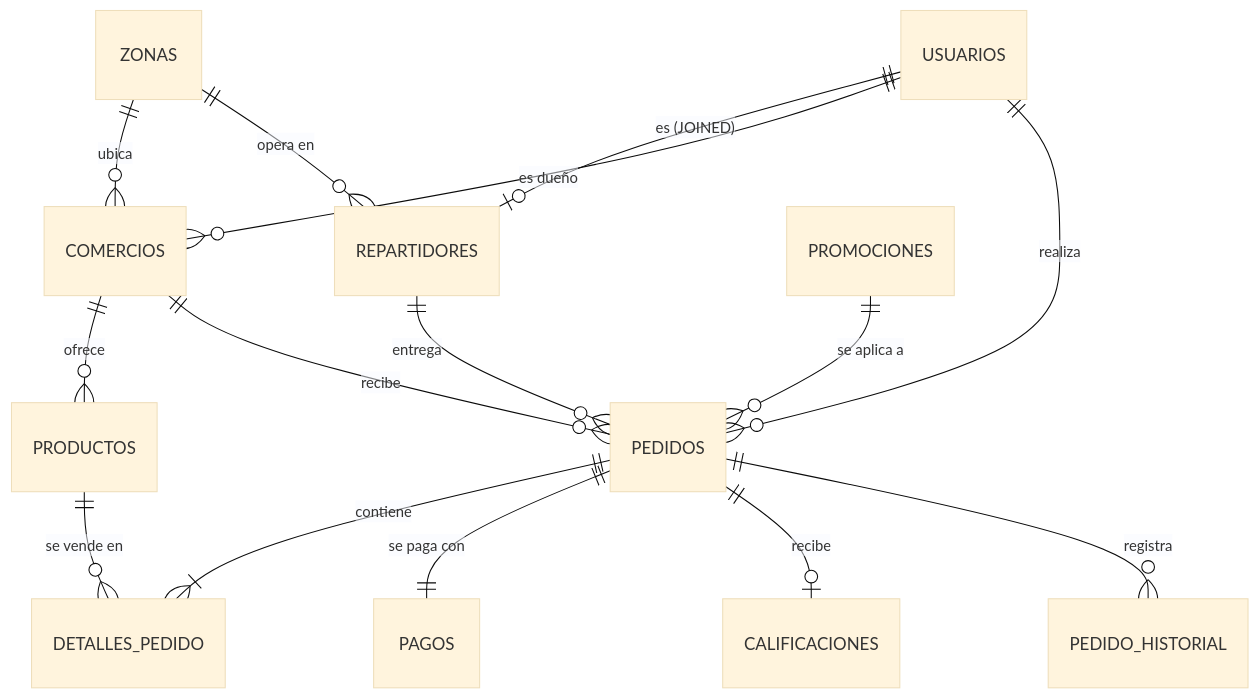
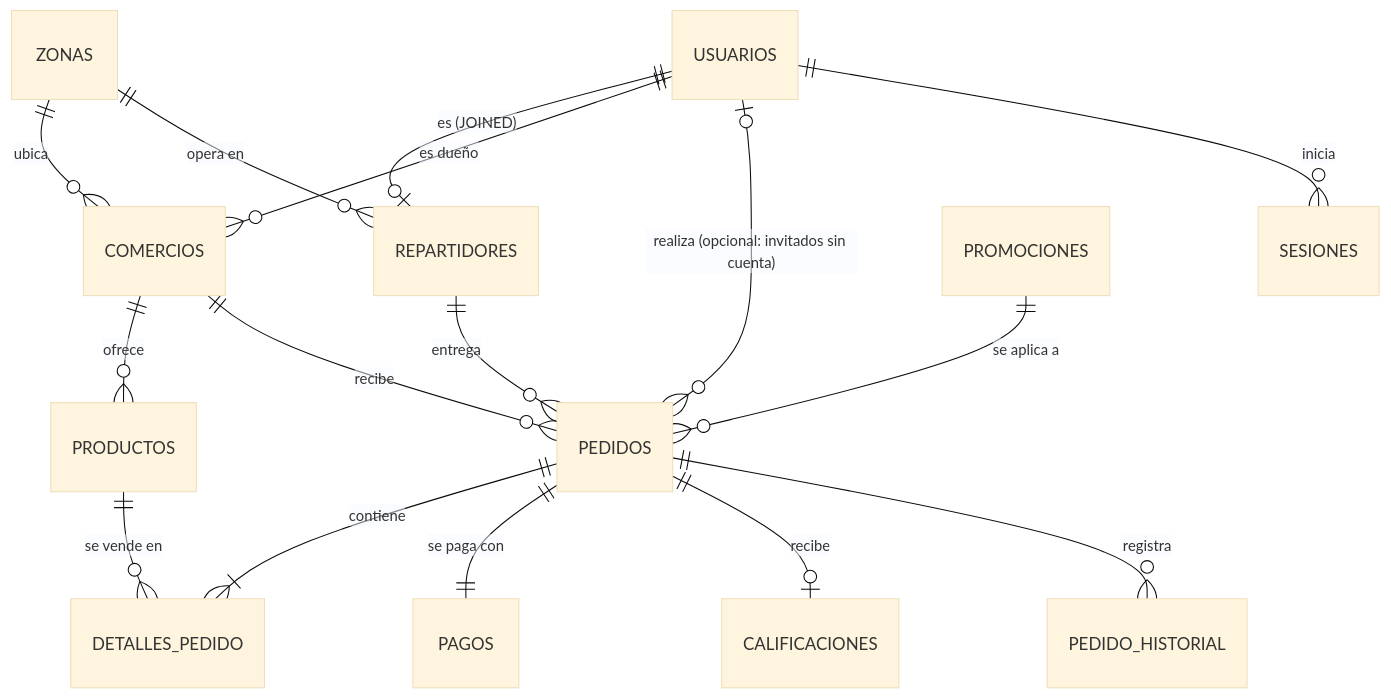
Before and after one commit to JeffersonLPineda/DELIVERY360: the second of 2 diagrams in docs/diagramas.md, drawn with Mermaid (base theme). The commit also changed other lines of this file and 38 other files, not shown here.

````diff
--- a/docs/diagramas.md
+++ b/docs/diagramas.md
@@ -66,17 +66,18 @@
 ```mermaid
 erDiagram
     ZONAS ||--o{ COMERCIOS : "ubica"
     ZONAS ||--o{ REPARTIDORES : "opera en"
     USUARIOS ||--o| REPARTIDORES : "es (JOINED)"
     USUARIOS ||--o{ COMERCIOS : "es dueño"
-    USUARIOS ||--o{ PEDIDOS : "realiza"
+    USUARIOS |o--o{ PEDIDOS : "realiza (opcional: invitados sin cuenta)"
+    USUARIOS ||--o{ SESIONES : "inicia"
     COMERCIOS ||--o{ PRODUCTOS : "ofrece"
     COMERCIOS ||--o{ PEDIDOS : "recibe"
     REPARTIDORES ||--o{ PEDIDOS : "entrega"
     PEDIDOS ||--|{ DETALLES_PEDIDO : "contiene"
     PRODUCTOS ||--o{ DETALLES_PEDIDO : "se vende en"
     PEDIDOS ||--|| PAGOS : "se paga con"
     PROMOCIONES ||--o{ PEDIDOS : "se aplica a"
     PEDIDOS ||--o| CALIFICACIONES : "recibe"
     PEDIDOS ||--o{ PEDIDO_HISTORIAL : "registra"
 ```
````
